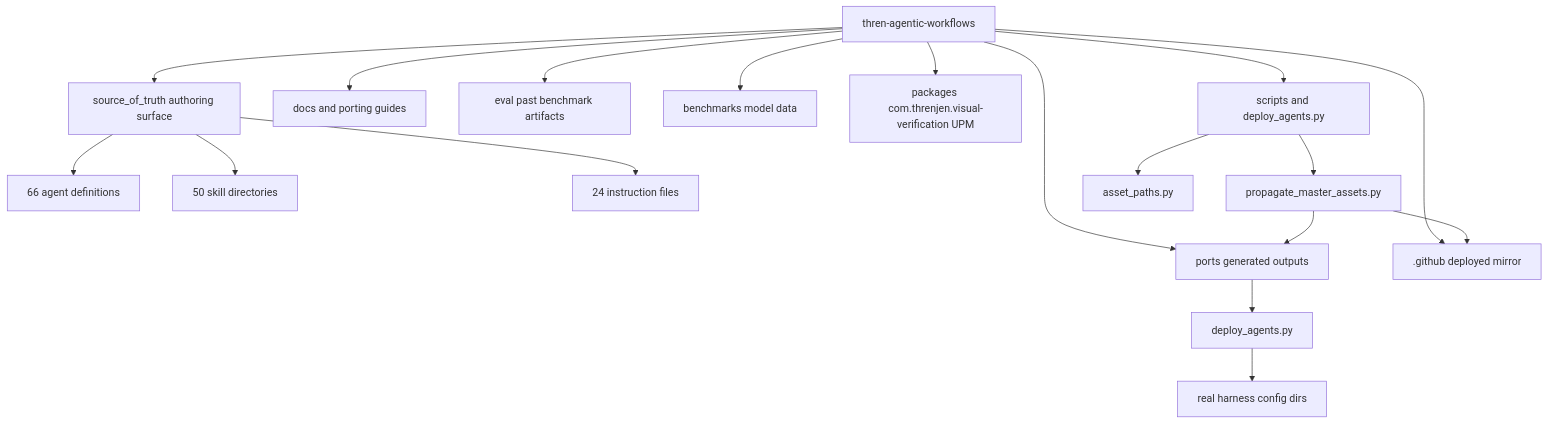
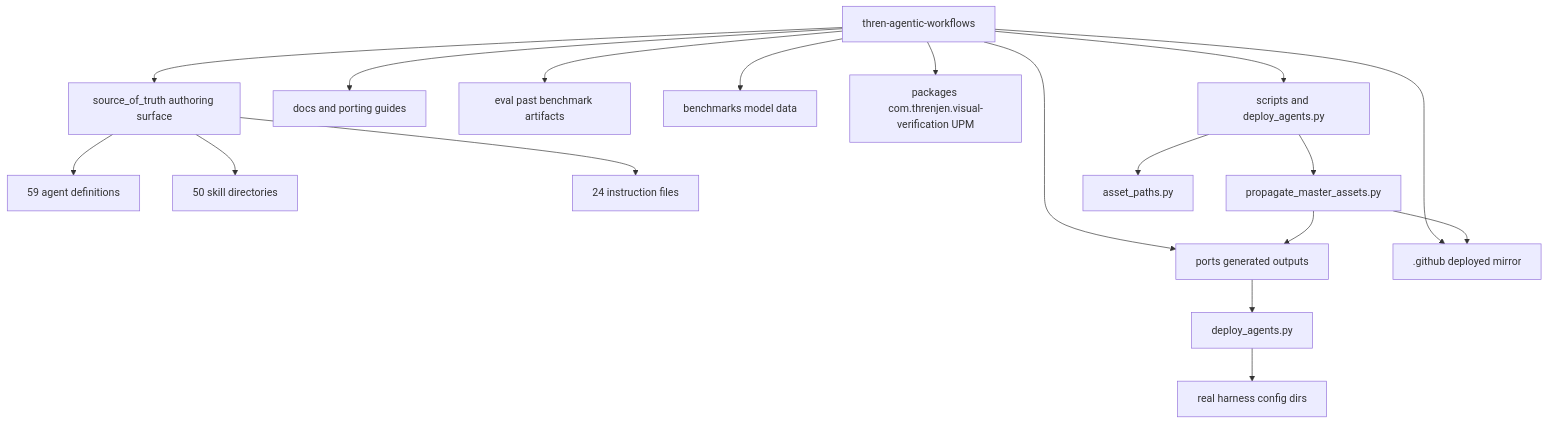
Before and after one commit to threnjen/thren-agentic-workflows: the first of 4 diagrams in docs/ARCHITECTURE.md, drawn with Mermaid. The commit also changed other lines of this file and 40 other files, not shown here.

````diff
--- a/docs/ARCHITECTURE.md
+++ b/docs/ARCHITECTURE.md
@@ -22,24 +22,24 @@
 ```mermaid
 flowchart TD
     Root[thren-agentic-workflows]
 
     Root --> SOT[source_of_truth authoring surface]
     Root --> Ports[ports generated outputs]
     Root --> DotGithub[.github deployed mirror]
     Root --> Docs[docs and porting guides]
     Root --> Eval[eval past benchmark artifacts]
     Root --> Bench[benchmarks model data]
     Root --> Pkg[packages com.threnjen.visual-verification UPM]
     Root --> Scripts[scripts and deploy_agents.py]
 
-    SOT --> Agents[66 agent definitions]
+    SOT --> Agents[59 agent definitions]
     SOT --> Skills[50 skill directories]
     SOT --> Instructions[24 instruction files]
 
     Scripts --> Propagate[propagate_master_assets.py]
     Scripts --> Shared[asset_paths.py]
     Propagate --> Ports
     Propagate --> DotGithub
     Deploy[deploy_agents.py] --> RealDirs[real harness config dirs]
     Ports --> Deploy
 ```
````
